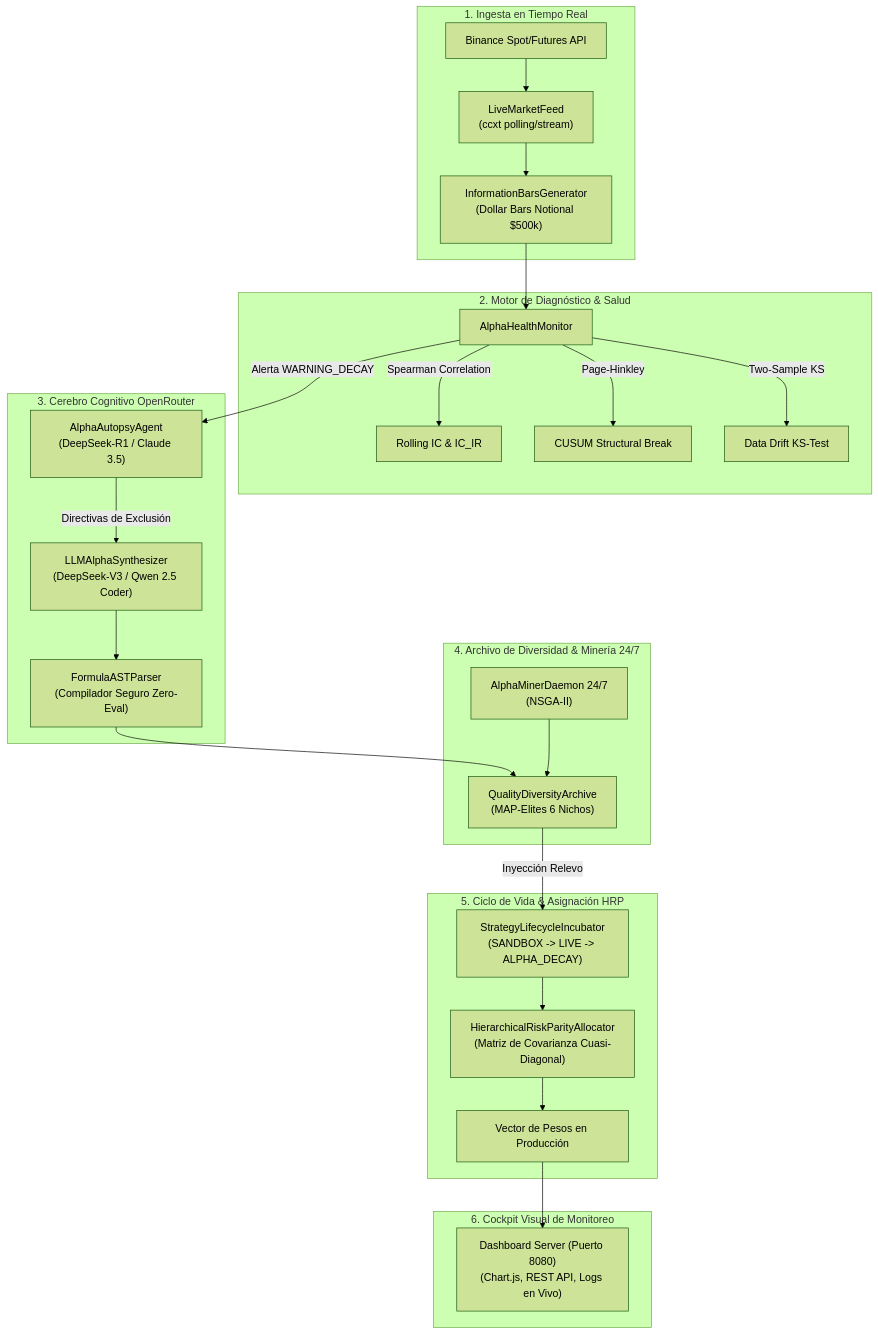
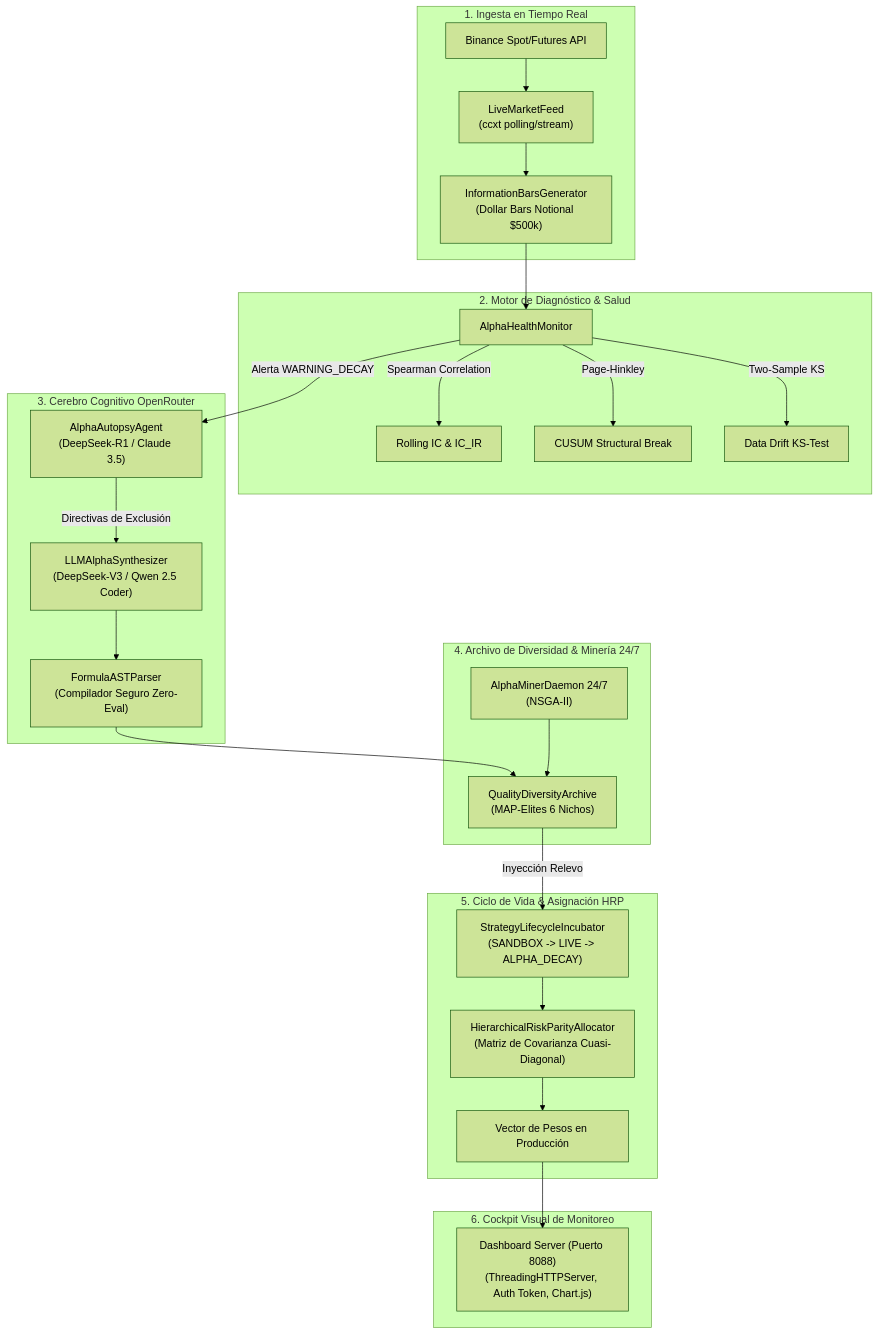
Before and after one commit to kalebCard/MemeHunter: the diagram in docs/architecture/DAS_AUTONOMOUS_ENGINE.md, drawn with Mermaid (forest theme). The commit also changed other lines of this file and 8 other files, not shown here.

Commit message:
feat: add unified system manual, autonomous execution dashboard server, and automated research orchestrator

````diff
--- a/docs/architecture/DAS_AUTONOMOUS_ENGINE.md
+++ b/docs/architecture/DAS_AUTONOMOUS_ENGINE.md
@@ -27,35 +27,35 @@
 ```mermaid
 graph TD
     subgraph Ingesta_RealTime [1. Ingesta en Tiempo Real]
         BINANCE["Binance Spot/Futures API"] --> LFEED["LiveMarketFeed<br/>(ccxt polling/stream)"]
         LFEED --> DBARS["InformationBarsGenerator<br/>(Dollar Bars Notional $500k)"]
     end
 
     subgraph Observabilidad_Salud [2. Motor de Diagnóstico & Salud]
         DBARS --> MON["AlphaHealthMonitor"]
         MON -->|Spearman Correlation| IC["Rolling IC & IC_IR"]
         MON -->|Page-Hinkley| CUSUM["CUSUM Structural Break"]
         MON -->|Two-Sample KS| DRIFT["Data Drift KS-Test"]
     end
 
     subgraph Cognicion_IA [3. Cerebro Cognitivo OpenRouter]
         MON -->|Alerta WARNING_DECAY| AUTOPSY["AlphaAutopsyAgent<br/>(DeepSeek-R1 / Claude 3.5)"]
         AUTOPSY -->|Directivas de Exclusión| SYNTH["LLMAlphaSynthesizer<br/>(DeepSeek-V3 / Qwen 2.5 Coder)"]
         SYNTH --> PARSER["FormulaASTParser<br/>(Compilador Seguro Zero-Eval)"]
     end
 
     subgraph Mineria_Diversidad [4. Archivo de Diversidad & Minería 24/7]
         PARSER --> QD["QualityDiversityArchive<br/>(MAP-Elites 6 Nichos)"]
         DAEMON["AlphaMinerDaemon 24/7<br/>(NSGA-II)"] --> QD
     end
 
     subgraph Incubadora_Capital [5. Ciclo de Vida & Asignación HRP]
         QD -->|Inyección Relevo| INCUB["StrategyLifecycleIncubator<br/>(SANDBOX -> LIVE -> ALPHA_DECAY)"]
         INCUB --> HRP["HierarchicalRiskParityAllocator<br/>(Matriz de Covarianza Cuasi-Diagonal)"]
         HRP --> ORDERS["Vector de Pesos en Producción"]
     end
 
     subgraph UI_Cockpit [6. Cockpit Visual de Monitoreo]
-        ORDERS --> DASH["Dashboard Server (Puerto 8080)<br/>(Chart.js, REST API, Logs en Vivo)"]
+        ORDERS --> DASH["Dashboard Server (Puerto 8088)<br/>(ThreadingHTTPServer, Auth Token, Chart.js)"]
     end
 ```
````
